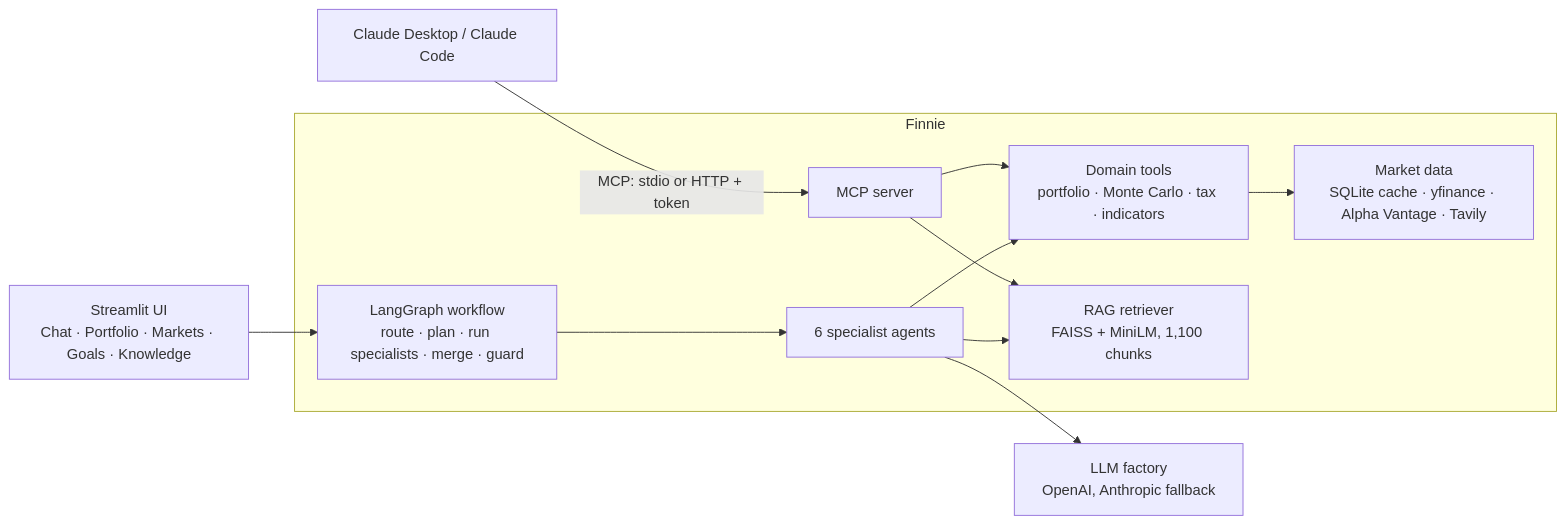
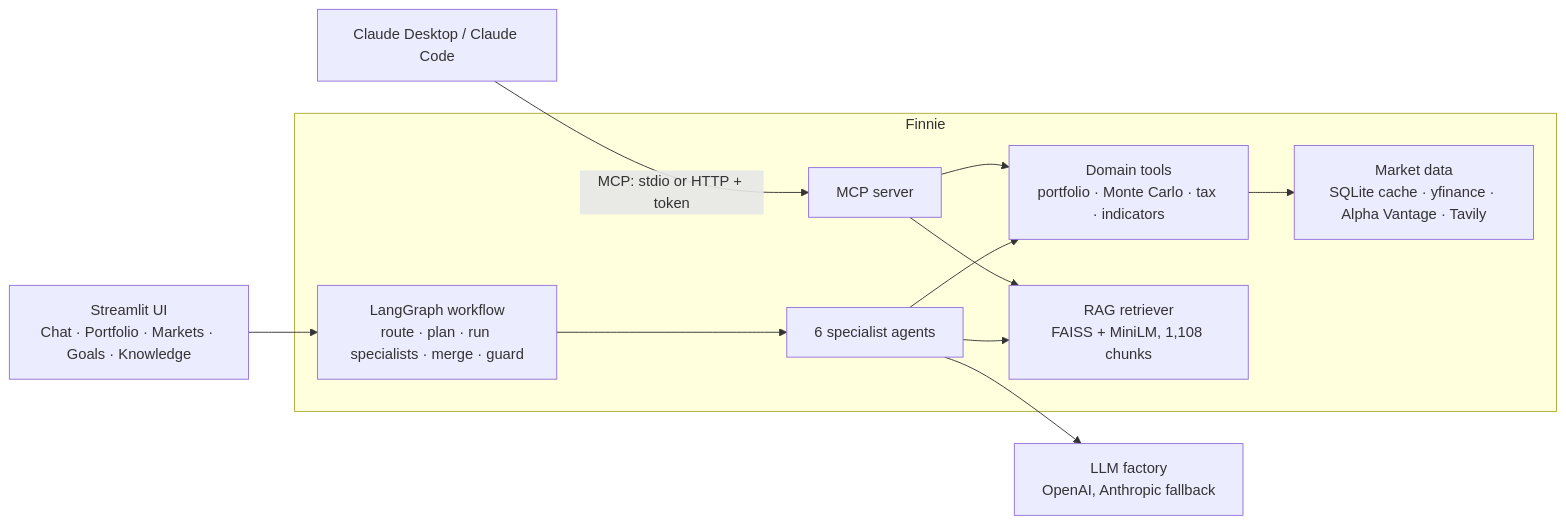
One commit to adammazhar/finnie-ai-finance-assistant changed the diagram in README.md. Above: the diagram before and after it, drawn with Mermaid. The commit also changed other lines of this file and 101 other files, not shown here.

````diff
--- a/README.md
+++ b/README.md
@@ -220,14 +266,14 @@
 ```mermaid
 flowchart LR
     UI["Streamlit UI<br/>Chat · Portfolio · Markets · Goals · Knowledge"] --> WF
     CD["Claude Desktop / Claude Code"] -- "MCP: stdio or HTTP + token" --> MCP["MCP server"]
     subgraph Finnie
         WF["LangGraph workflow<br/>route · plan · run specialists · merge · guard"] --> AG["6 specialist agents"]
         AG --> TOOLS["Domain tools<br/>portfolio · Monte Carlo · tax · indicators"]
-        AG --> RAG["RAG retriever<br/>FAISS + MiniLM, 1,100 chunks"]
+        AG --> RAG["RAG retriever<br/>FAISS + MiniLM, 1,108 chunks"]
         MCP --> TOOLS
         MCP --> RAG
         TOOLS --> MD["Market data<br/>SQLite cache · yfinance · Alpha Vantage · Tavily"]
     end
     AG --> LLM["LLM factory<br/>OpenAI, Anthropic fallback"]
 ```
````
